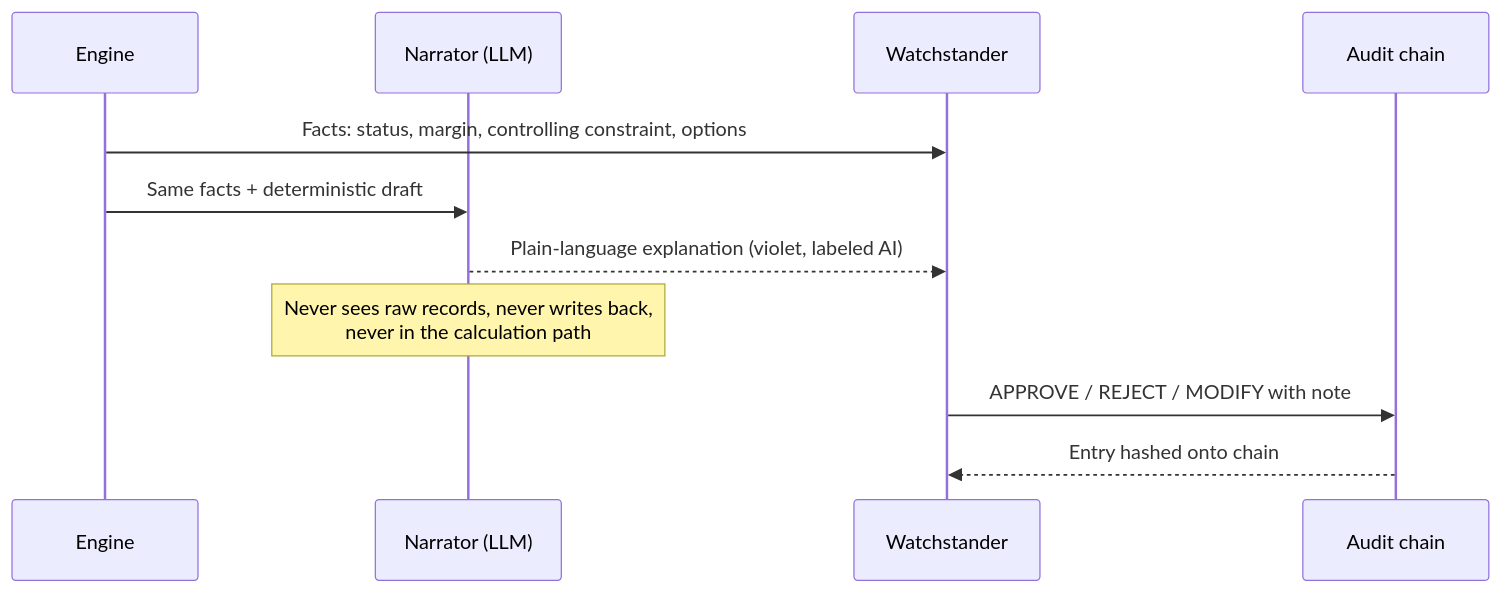
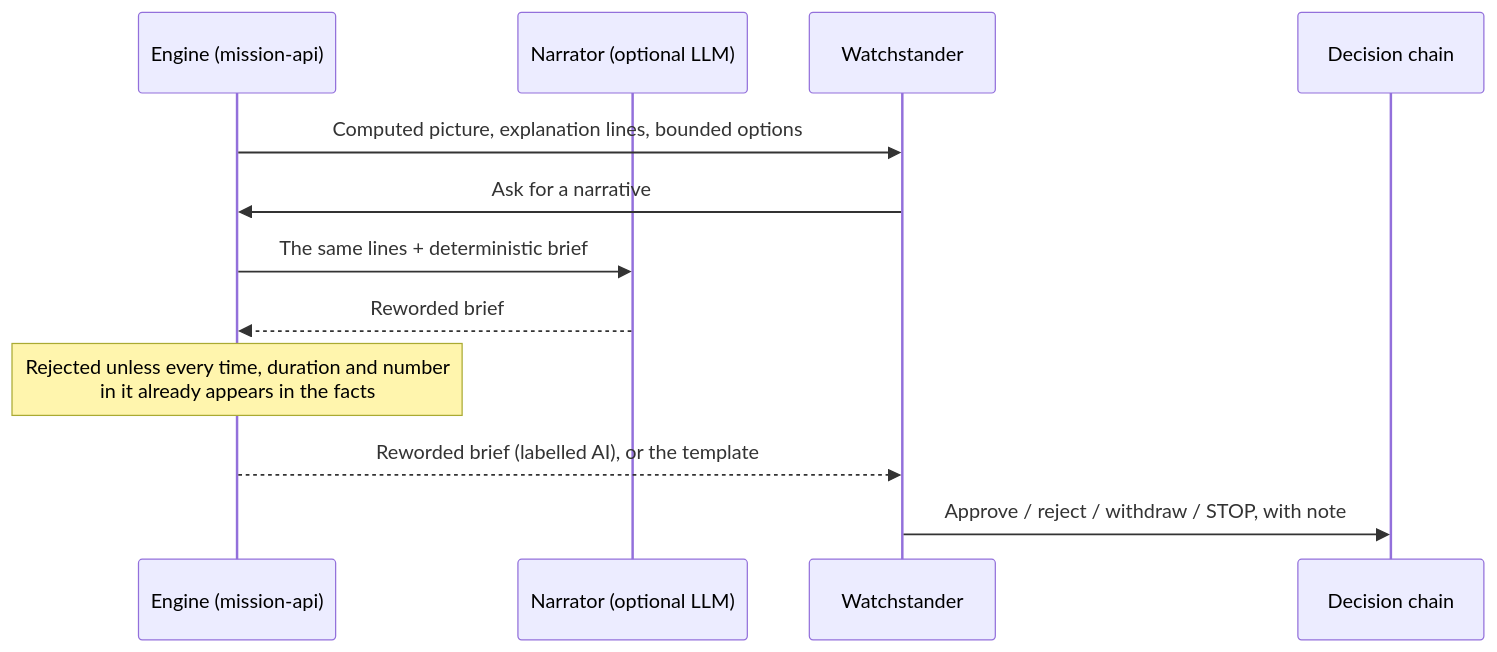
One commit to bschumacher-uncomn/HAWSIR changed the second of 2 diagrams in docs/ARCHITECTURE.md. Above: the diagram before and after it, drawn with Mermaid. The commit also changed other lines of this file and 180 other files, not shown here.

````diff
--- a/docs/ARCHITECTURE.md
+++ b/docs/ARCHITECTURE.md
@@ -58,13 +94,14 @@
 ```mermaid
 sequenceDiagram
-  participant E as Engine
-  participant N as Narrator (LLM)
+  participant E as Engine (mission-api)
+  participant N as Narrator (optional LLM)
   participant W as Watchstander
-  participant A as Audit chain
-  E->>W: Facts: status, margin, controlling constraint, options
-  E->>N: Same facts + deterministic draft
-  N-->>W: Plain-language explanation (violet, labeled AI)
-  Note over N: Never sees raw records, never writes back,<br/>never in the calculation path
-  W->>A: APPROVE / REJECT / MODIFY with note
-  A-->>W: Entry hashed onto chain
+  participant D as Decision chain
+  E->>W: Computed picture, explanation lines, bounded options
+  W->>E: Ask for a narrative
+  E->>N: The same lines + deterministic brief
+  N-->>E: Reworded brief
+  Note over E: Rejected unless every time, duration and number<br/>in it already appears in the facts
+  E-->>W: Reworded brief (labelled AI), or the template
+  W->>D: Approve / reject / withdraw / STOP, with note
 ```
````
